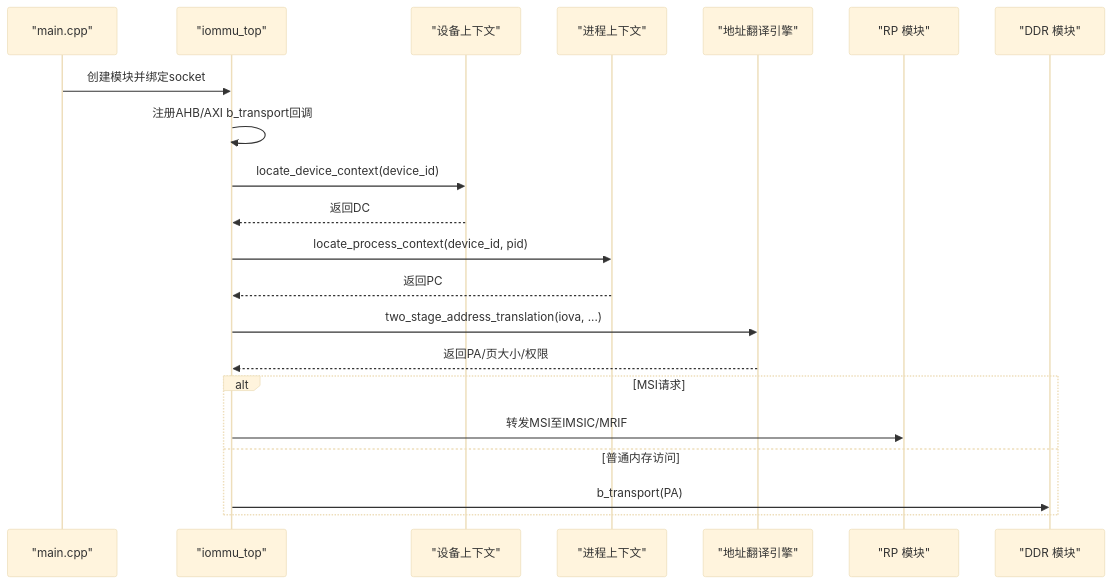
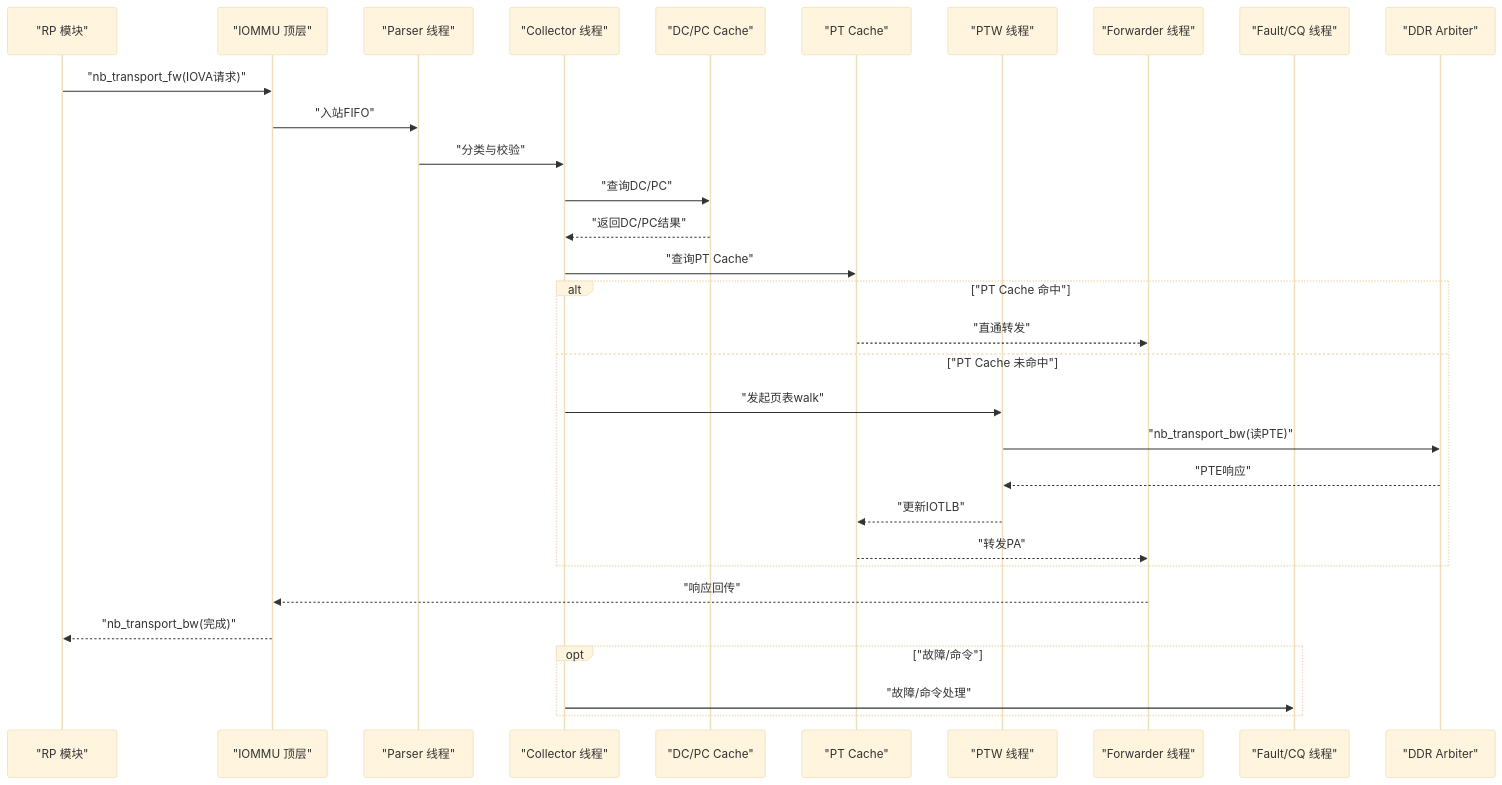
Before and after one commit to jiangjiang1122/iommu_model_20260401_v1: the second of 6 diagrams in .qoder/repowiki/zh/content/项目概述/项目概述.md, drawn with Mermaid (base theme). The commit also changed other lines of this file and 92 other files, not shown here.

````diff
--- a/.qoder/repowiki/zh/content/项目概述/项目概述.md
+++ b/.qoder/repowiki/zh/content/项目概述/项目概述.md
@@ -182,23 +122,33 @@
 ```mermaid
 sequenceDiagram
-participant MAIN as "main.cpp"
-participant TOP as "iommu_top"
-participant DC as "设备上下文"
-participant PC as "进程上下文"
-participant TRANS as "地址翻译引擎"
 participant RP as "RP 模块"
-participant DDR as "DDR 模块"
-MAIN->>TOP : 创建模块并绑定socket
-TOP->>TOP : 注册AHB/AXI b_transport回调
-TOP->>DC : locate_device_context(device_id)
-DC-->>TOP : 返回DC
-TOP->>PC : locate_process_context(device_id, pid)
-PC-->>TOP : 返回PC
-TOP->>TRANS : two_stage_address_translation(iova, ...)
-TRANS-->>TOP : 返回PA/页大小/权限
-alt MSI请求
-TOP->>RP : 转发MSI至IMSIC/MRIF
-else 普通内存访问
-TOP->>DDR : b_transport(PA)
+participant IOMMU as "IOMMU 顶层"
+participant PARSER as "Parser 线程"
+participant COL as "Collector 线程"
+participant DC as "DC/PC Cache"
+participant PT as "PT Cache"
+participant PTW as "PTW 线程"
+participant FW as "Forwarder 线程"
+participant FA as "Fault/CQ 线程"
+participant DDR as "DDR Arbiter"
+RP->>IOMMU : "nb_transport_fw(IOVA请求)"
+IOMMU->>PARSER : "入站FIFO"
+PARSER->>COL : "分类与校验"
+COL->>DC : "查询DC/PC"
+DC-->>COL : "返回DC/PC结果"
+COL->>PT : "查询PT Cache"
+alt "PT Cache 命中"
+PT-->>FW : "直通转发"
+else "PT Cache 未命中"
+COL->>PTW : "发起页表walk"
+PTW->>DDR : "nb_transport_bw(读PTE)"
+DDR-->>PTW : "PTE响应"
+PTW-->>PT : "更新IOTLB"
+PT-->>FW : "转发PA"
+end
+FW-->>IOMMU : "响应回传"
+IOMMU-->>RP : "nb_transport_bw(完成)"
+opt "故障/命令"
+COL->>FA : "故障/命令处理"
 end
 ```
````
